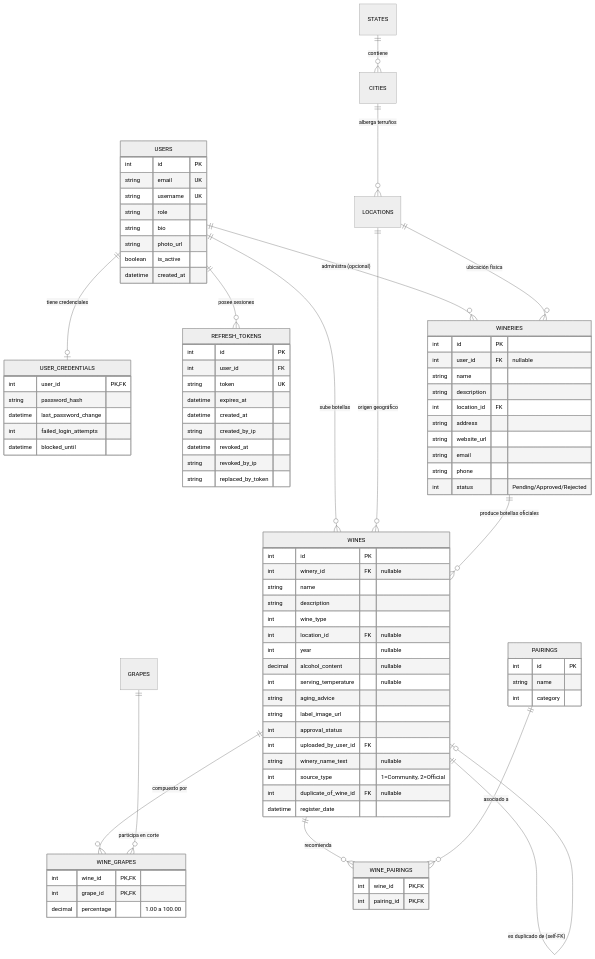
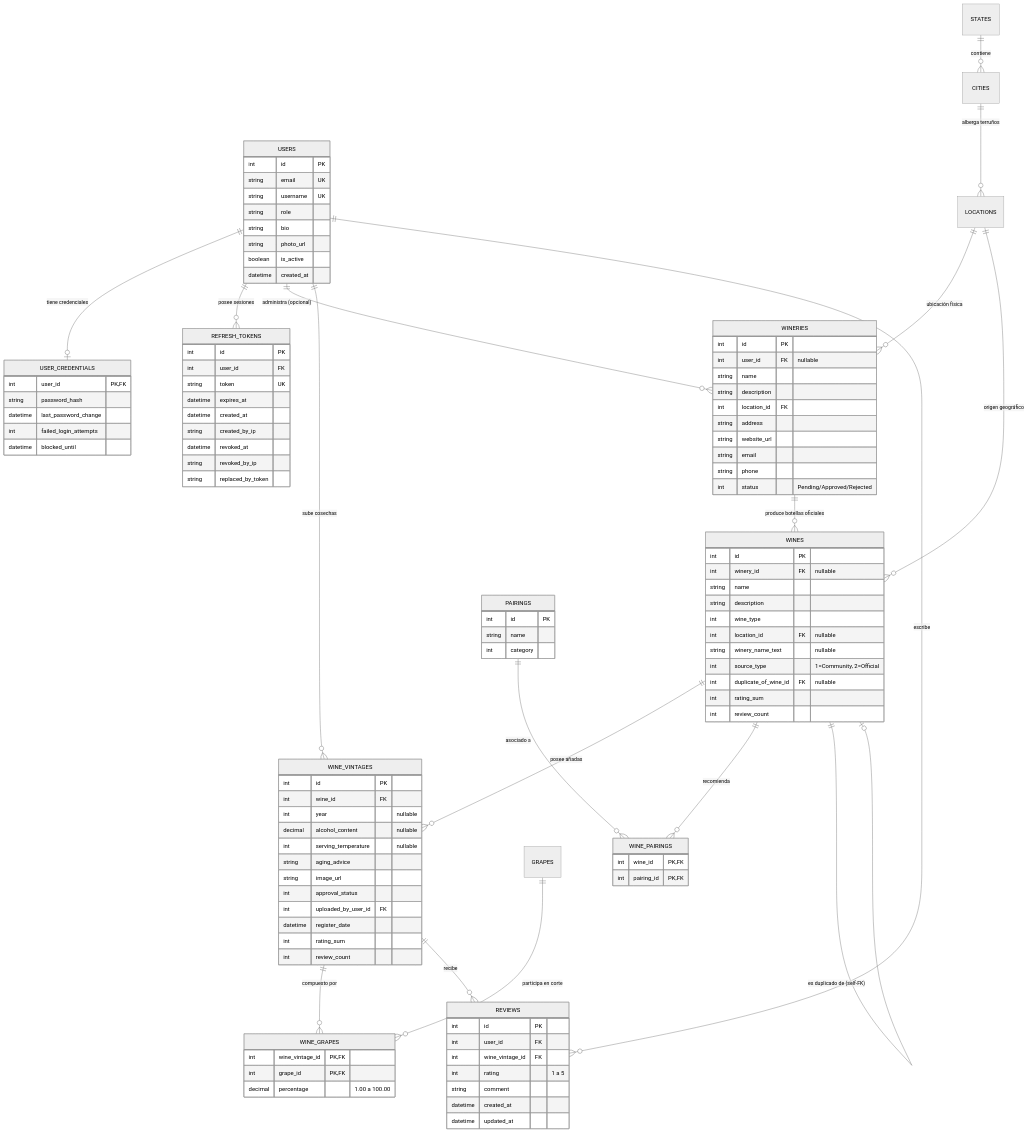
One commit to NehuenCacabelos/AyVino changed the diagram in docs/backend/database-migrations.md. Above: the diagram before and after it, drawn with Mermaid (neutral theme). The commit also changed other lines of this file and 56 other files, not shown here.

````diff
--- a/docs/backend/database-migrations.md
+++ b/docs/backend/database-migrations.md
@@ -38,7 +38,8 @@
     USERS ||--o| USER_CREDENTIALS : "tiene credenciales"
     USERS ||--o{ REFRESH_TOKENS : "posee sesiones"
     USERS ||--o{ WINERIES : "administra (opcional)"
-    USERS ||--o{ WINES : "sube botellas"
+    USERS ||--o{ WINE_VINTAGES : "sube cosechas"
+    USERS ||--o{ REVIEWS : "escribe"
 
     STATES ||--o{ CITIES : "contiene"
     CITIES ||--o{ LOCATIONS : "alberga terruños"
@@ -47,13 +48,16 @@
 
     WINERIES ||--o{ WINES : "produce botellas oficiales"
     
-    WINES ||--o{ WINE_GRAPES : "compuesto por"
+    WINES ||--o{ WINE_VINTAGES : "posee añadas"
+    WINE_VINTAGES ||--o{ WINE_GRAPES : "compuesto por"
     GRAPES ||--o{ WINE_GRAPES : "participa en corte"
 
     WINES ||--o{ WINE_PAIRINGS : "recomienda"
     PAIRINGS ||--o{ WINE_PAIRINGS : "asociado a"
 
     WINES ||--o| WINES : "es duplicado de (self-FK)"
+
+    WINE_VINTAGES ||--o{ REVIEWS : "recibe"
 
     USERS {
         int id PK
@@ -106,21 +110,30 @@
         string description
         int wine_type
         int location_id FK "nullable"
+        string winery_name_text "nullable"
+        int source_type "1=Community, 2=Official"
+        int duplicate_of_wine_id FK "nullable"
+        int rating_sum
+        int review_count
+    }
+
+    WINE_VINTAGES {
+        int id PK
+        int wine_id FK
         int year "nullable"
         decimal alcohol_content "nullable"
         int serving_temperature "nullable"
         string aging_advice
-        string label_image_url
+        string image_url
         int approval_status
         int uploaded_by_user_id FK
-        string winery_name_text "nullable"
-        int source_type "1=Community, 2=Official"
-        int duplicate_of_wine_id FK "nullable"
         datetime register_date
+        int rating_sum
+        int review_count
     }
 
     WINE_GRAPES {
-        int wine_id PK, FK
+        int wine_vintage_id PK, FK
         int grape_id PK, FK
         decimal percentage "1.00 a 100.00"
     }
@@ -135,4 +148,14 @@
         int wine_id PK, FK
         int pairing_id PK, FK
     }
+
+    REVIEWS {
+        int id PK
+        int user_id FK
+        int wine_vintage_id FK
+        int rating "1 a 5"
+        string comment
+        datetime created_at
+        datetime updated_at
+    }
 ```
````
